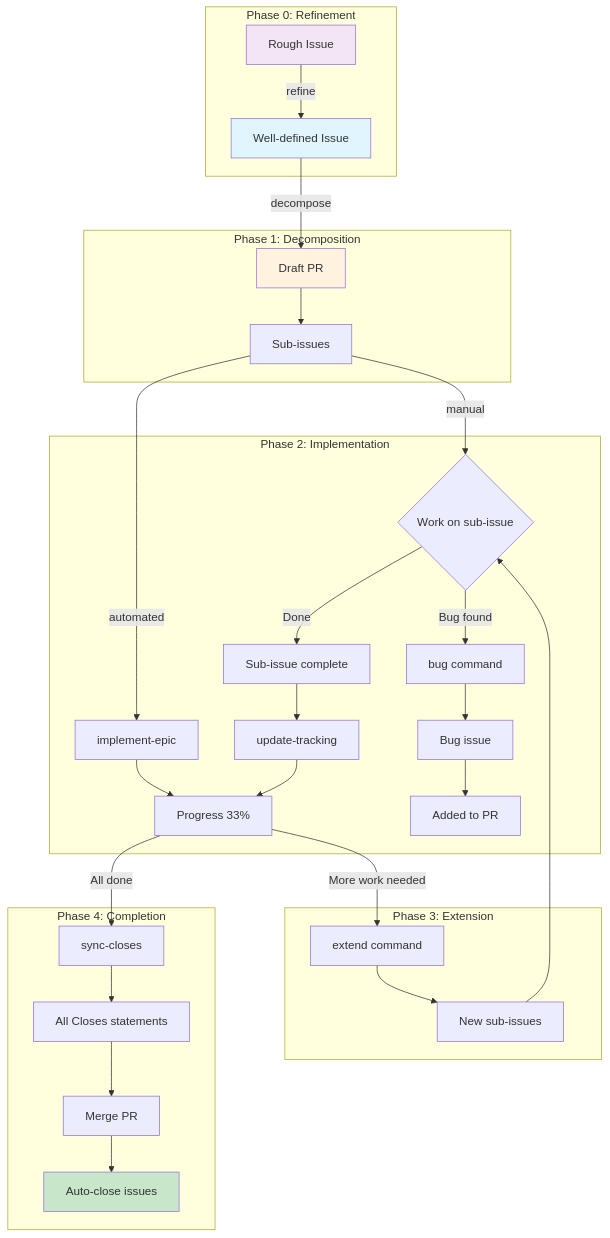
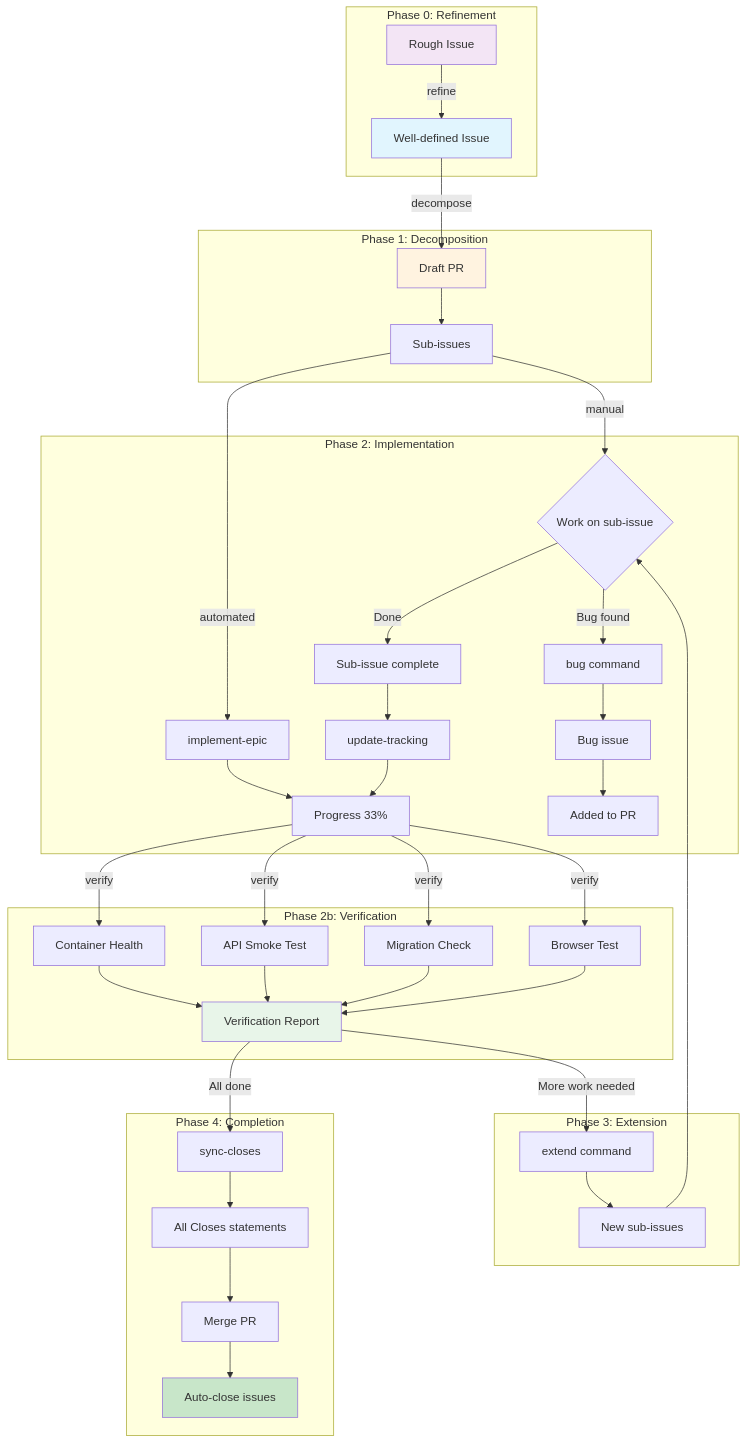
One commit to JanKeijzer/claude-code-toolkit changed the diagram in README.md. Above: the diagram before and after it, drawn with Mermaid. The commit also changed other lines of this file, not shown here.

First line of the commit message:
docs: update README with rules directory, verify skill, and new scripts

````diff
--- a/README.md
+++ b/README.md
@@ -256,41 +270,53 @@
 ```mermaid
 flowchart TD
     subgraph phase0 [Phase 0: Refinement]
         R[Rough Issue] -->|refine| A[Well-defined Issue]
     end
 
     subgraph phase1 [Phase 1: Decomposition]
         A -->|decompose| B[Draft PR]
         B --> C[Sub-issues]
     end
 
     subgraph phase2 [Phase 2: Implementation]
         C -->|manual| D{Work on sub-issue}
         C -->|automated| AUTO[implement-epic]
         AUTO --> J
         D -->|Bug found| E[bug command]
         E --> F[Bug issue]
         F --> G[Added to PR]
         D -->|Done| H[Sub-issue complete]
         H --> I[update-tracking]
         I --> J[Progress 33%]
     end
 
+    subgraph phase2b [Phase 2b: Verification]
+        J -->|verify| V1[Container Health]
+        J -->|verify| V2[API Smoke Test]
+        J -->|verify| V3[Migration Check]
+        J -->|verify| V4[Browser Test]
+        V1 --> VR[Verification Report]
+        V2 --> VR
+        V3 --> VR
+        V4 --> VR
+    end
+
     subgraph phase3 [Phase 3: Extension]
-        J -->|More work needed| K[extend command]
+        VR -->|More work needed| K[extend command]
         K --> L[New sub-issues]
         L --> D
     end
 
     subgraph phase4 [Phase 4: Completion]
-        J -->|All done| M[sync-closes]
+        VR -->|All done| M[sync-closes]
         M --> N[All Closes statements]
         N --> O[Merge PR]
         O --> P[Auto-close issues]
     end
 
     style R fill:#f3e5f5
     style A fill:#e1f5fe
     style B fill:#fff3e0
+    style VR fill:#e8f5e9
     style P fill:#c8e6c9
 ```
````
